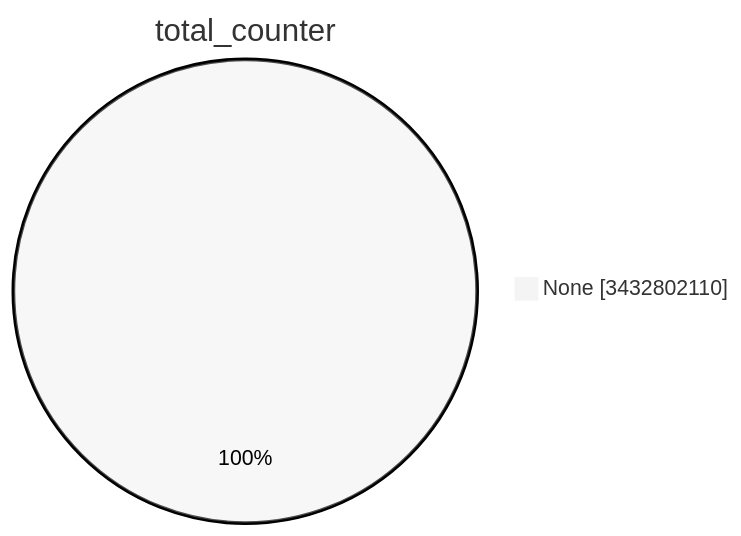
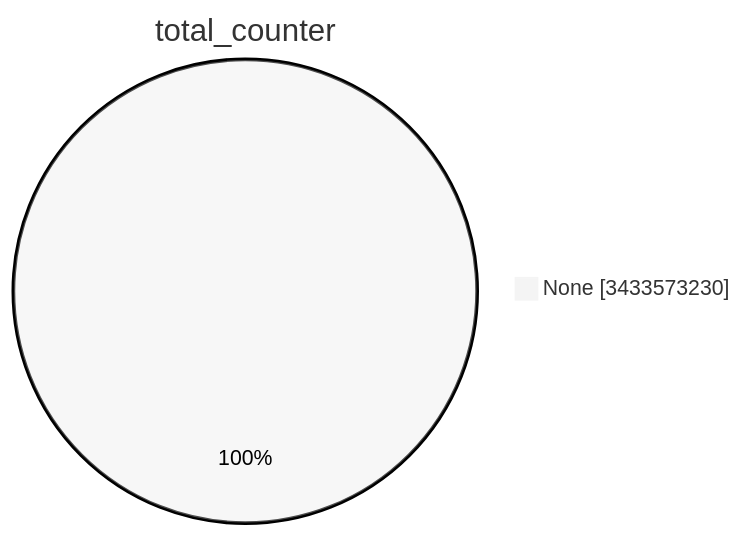
Before and after one commit to christiankrug/ctmonitor_visualization: the first of 15 diagrams in TOTAL/README.md, drawn with Mermaid (neutral theme). The commit also changed other lines of this file, not shown here.

````diff
--- a/TOTAL/README.md
+++ b/TOTAL/README.md
@@ -1,5 +1,5 @@
 ```mermaid
 pie showData
 title total_counter
-"None" :3432802110
+"None" :3433573230
 ```
````
